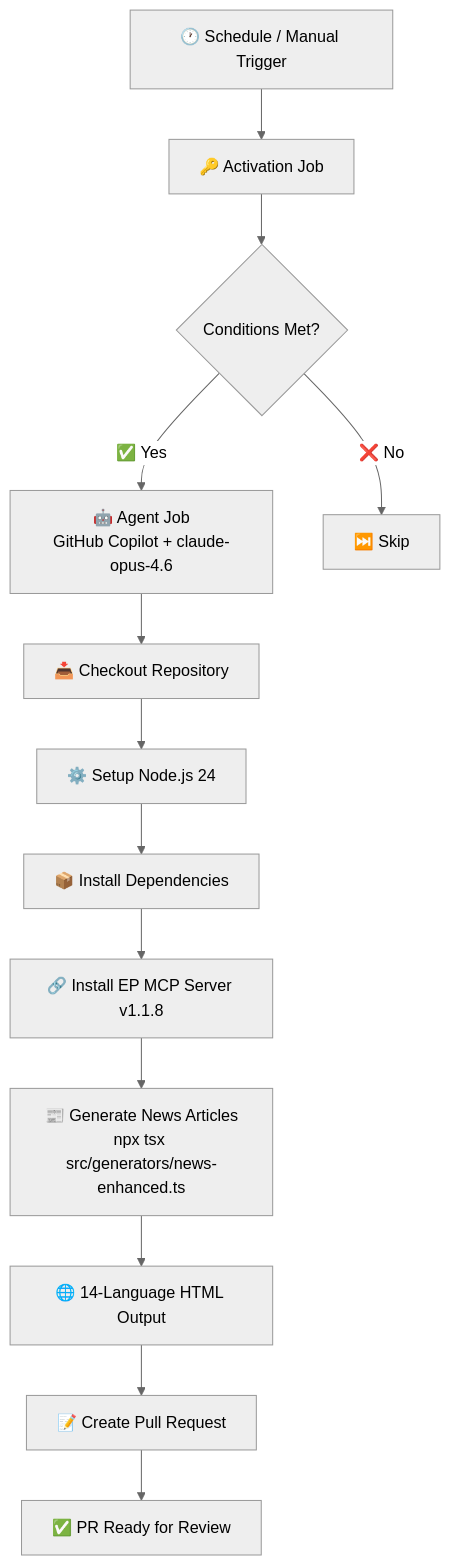
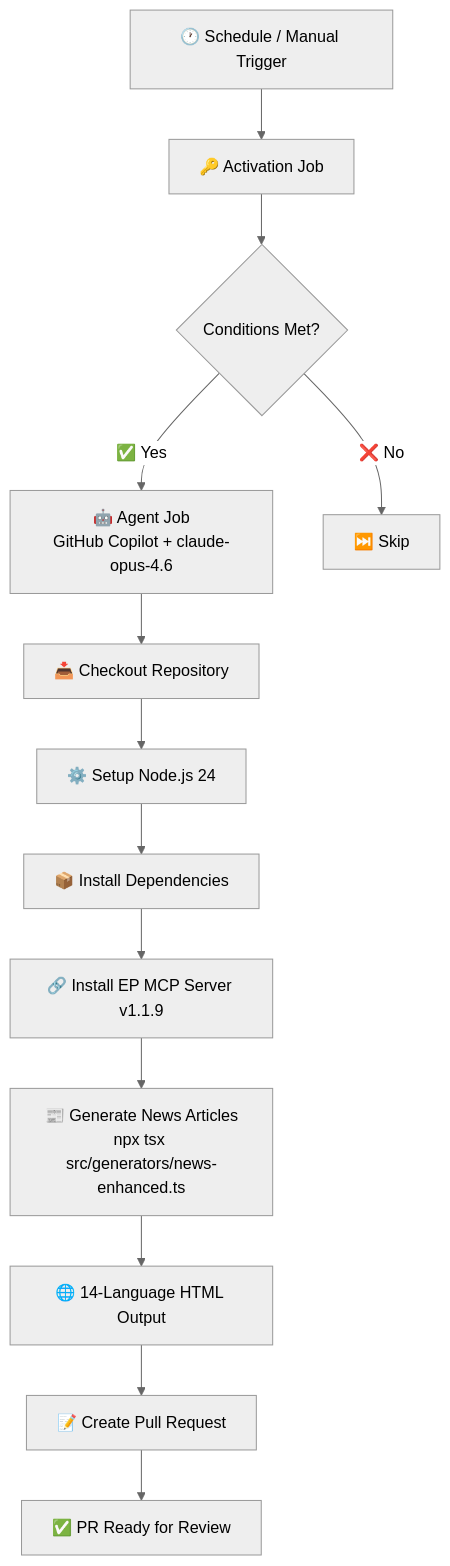
The first of 14 diagrams in WORKFLOWS.md (Hack23/euparliamentmonitor), drawn with Mermaid (neutral theme) before and after one commit. The commit also changed other lines of this file and 27 other files, not shown here.

Commit message:
Update european-parliament-mcp-server from 1.1.8 to 1.1.9 across all agentic workflows, lock files, and documentation

````diff
--- a/WORKFLOWS.md
+++ b/WORKFLOWS.md
@@ -114,15 +114,15 @@
 ```mermaid
 graph TD
     A[🕐 Schedule / Manual Trigger] --> B[🔑 Activation Job]
     B --> C{Conditions Met?}
     C -->|✅ Yes| D[🤖 Agent Job<br/>GitHub Copilot + claude-opus-4.6]
     C -->|❌ No| E[⏭️ Skip]
     D --> F[📥 Checkout Repository]
     F --> G[⚙️ Setup Node.js 24]
     G --> H[📦 Install Dependencies]
-    H --> I[🔗 Install EP MCP Server v1.1.8]
+    H --> I[🔗 Install EP MCP Server v1.1.9]
     I --> J[📰 Generate News Articles<br/>npx tsx src/generators/news-enhanced.ts]
     J --> K[🌐 14-Language HTML Output]
     K --> L[📝 Create Pull Request]
     L --> M[✅ PR Ready for Review]
 ```
````
